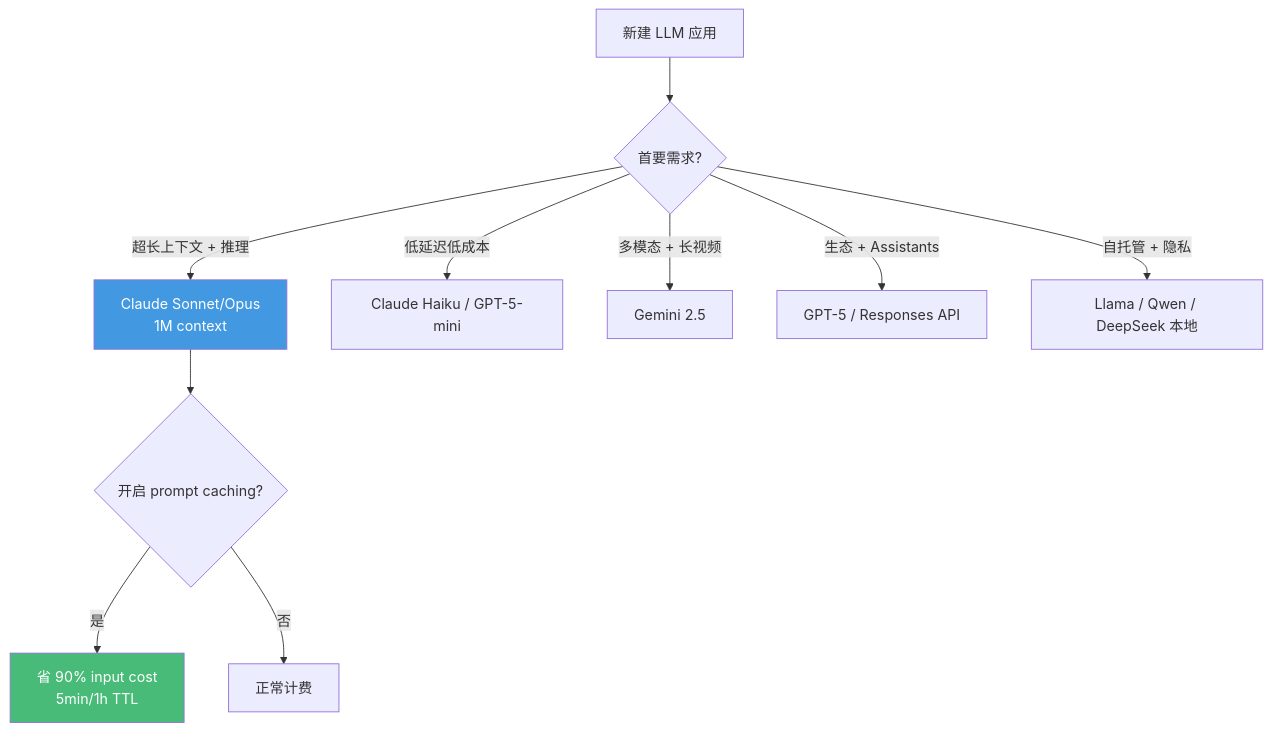
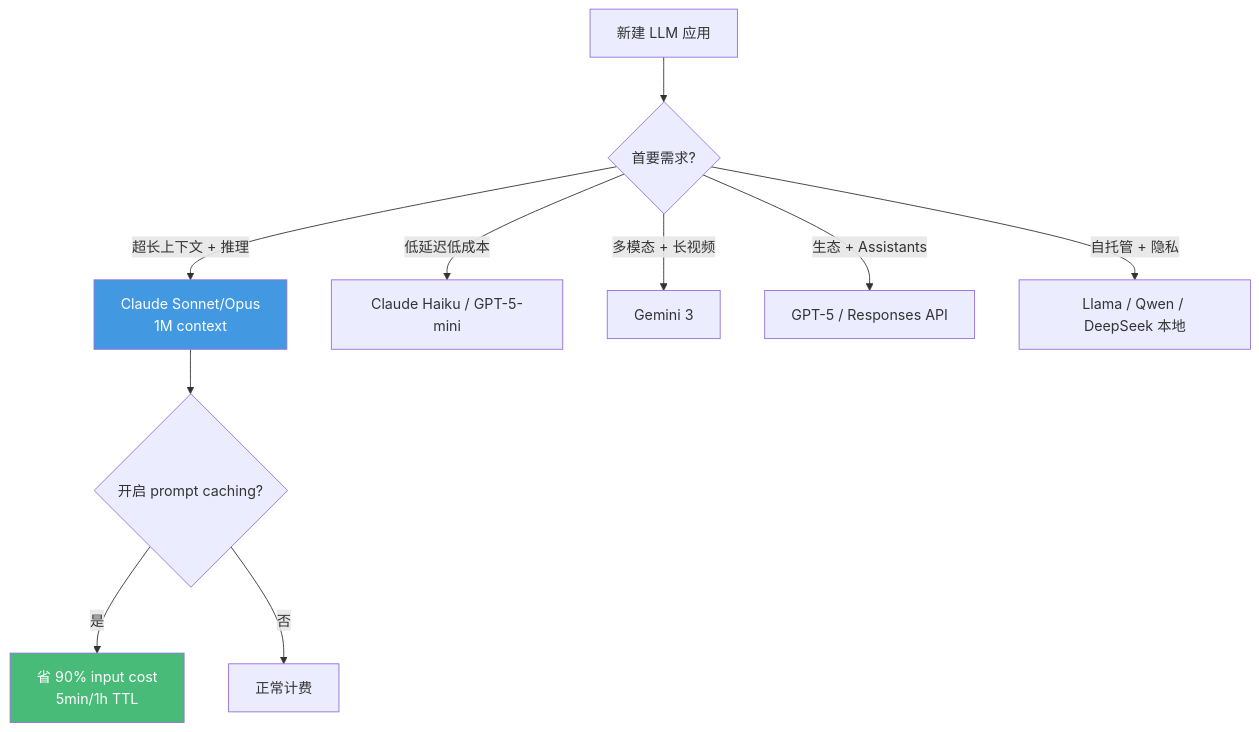
The third of 15 diagrams in ai-backend/ROADMAP.md (Kirby980/backend-handbook), drawn with Mermaid before and after one commit. The commit also changed other lines of this file and 53 other files, not shown here.

````diff
--- a/ai-backend/ROADMAP.md
+++ b/ai-backend/ROADMAP.md
@@ -72,16 +72,16 @@
 ```mermaid
 flowchart TD
     Start[新建 LLM 应用] --> Need{首要需求?}
     Need -->|超长上下文 + 推理| Claude["Claude Sonnet/Opus<br>1M context"]
     Need -->|低延迟低成本| Haiku["Claude Haiku / GPT-5-mini"]
-    Need -->|多模态 + 长视频| Gemini[Gemini 2.5]
+    Need -->|多模态 + 长视频| Gemini[Gemini 3]
     Need -->|生态 + Assistants| GPT[GPT-5 / Responses API]
     Need -->|自托管 + 隐私| Local["Llama / Qwen / DeepSeek 本地"]
 
     Claude --> Cache{开启 prompt caching?}
     Cache -->|是| Save["省 90% input cost<br>5min/1h TTL"]
     Cache -->|否| Bill[正常计费]
 
     style Claude fill:#4299e1,color:#fff
     style Save fill:#48bb78,color:#fff
 ```
````
